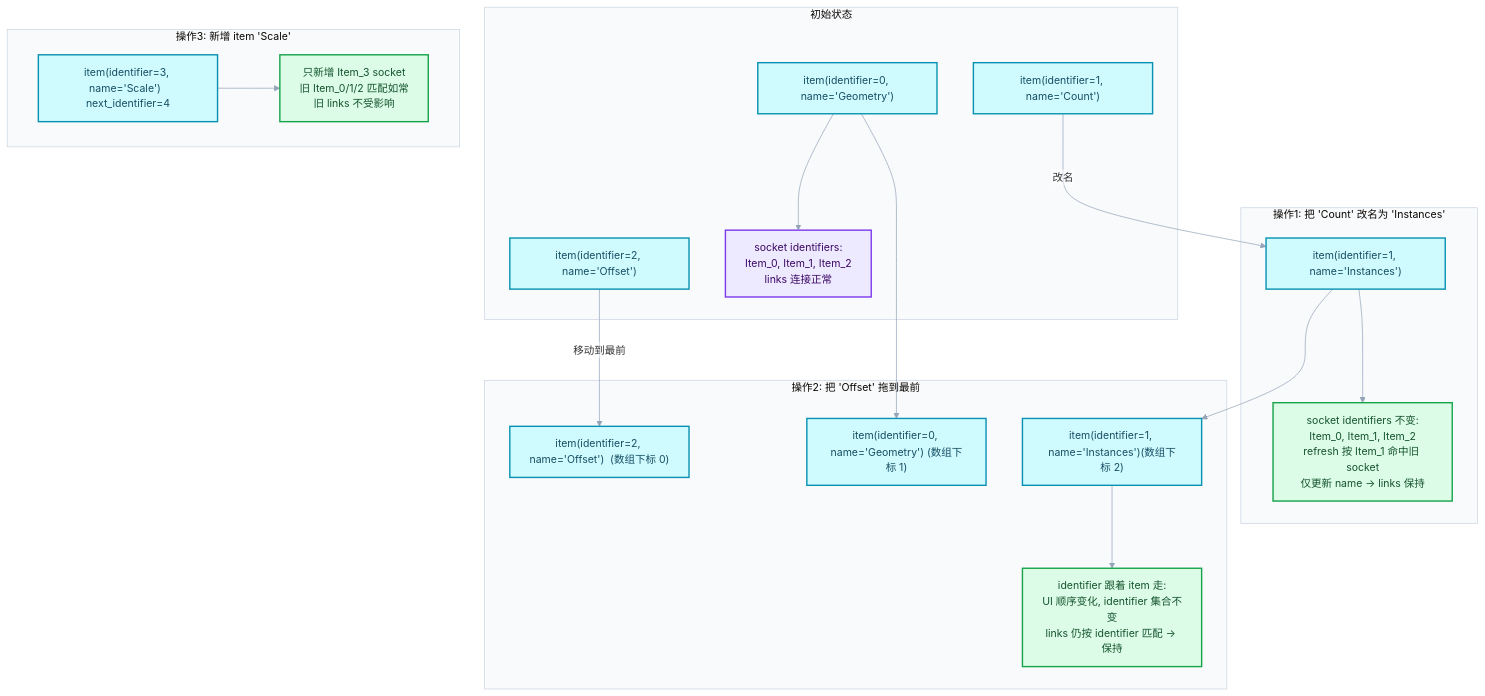
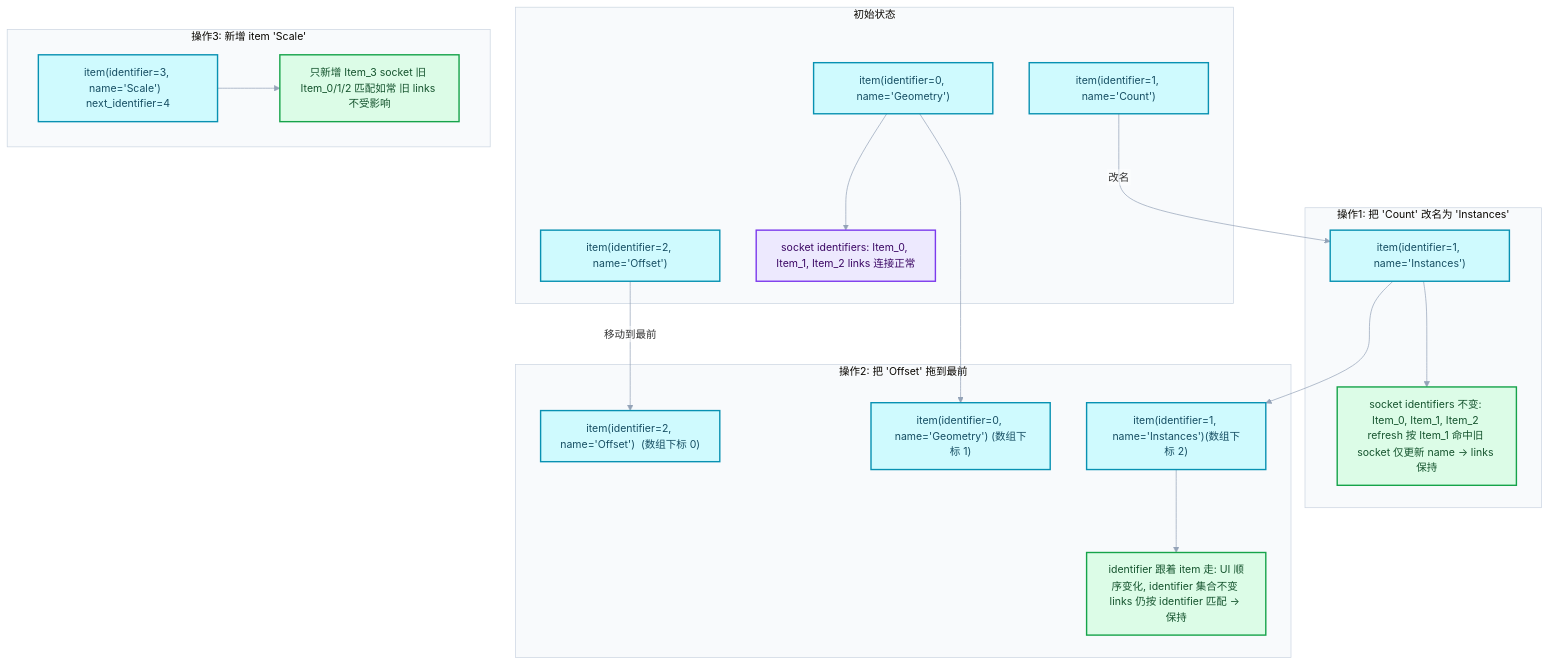
Before and after one commit to yunkezengren/blender-.vscode: the third of 3 diagrams in 杂/markdown/重复区域-dsh/01-Zone系统基础/02-Zone输入输出与bundle迁移语义.md, drawn with Mermaid. The commit also changed other lines of this file and 27 other files, not shown here.

````diff
--- a/杂/markdown/重复区域-dsh/01-Zone系统基础/02-Zone输入输出与bundle迁移语义.md
+++ b/杂/markdown/重复区域-dsh/01-Zone系统基础/02-Zone输入输出与bundle迁移语义.md
@@ -866,37 +852,37 @@
 ```mermaid
 %%{init: {"theme":"base","themeVariables":{"fontFamily":"\"Segoe UI\",\"Microsoft YaHei\",sans-serif","fontSize":"15px","lineColor":"#94A3B8","edgeLabelBackground":"#FFFFFF","clusterBkg":"#F8FAFC","clusterBorder":"#CBD5E1"},"flowchart":{"htmlLabels":false,"curve":"basis","nodeSpacing":52,"rankSpacing":64,"padding":14,"diagramPadding":16,"useMaxWidth":true},"sequence":{"useMaxWidth":true,"wrap":true,"mirrorActors":false,"messageMargin":36}}}%%
 flowchart TB
     subgraph S0["初始状态"]
         A0["item(identifier=0, name='Geometry')"]:::data
         A1["item(identifier=1, name='Count')"]:::data
         A2["item(identifier=2, name='Offset')"]:::data
-        S0L["socket identifiers:<br/>Item_0, Item_1, Item_2<br/>links 连接正常"]:::abstraction
+        S0L["socket identifiers: Item_0, Item_1, Item_2 links 连接正常"]:::abstraction
     end
     subgraph S1["操作1: 把 'Count' 改名为 'Instances'"]
         B1["item(identifier=1, name='Instances')"]:::data
-        S1L["socket identifiers 不变:<br/>Item_0, Item_1, Item_2<br/>refresh 按 Item_1 命中旧 socket<br/>仅更新 name -> links 保持"]:::result
+        S1L["socket identifiers 不变: Item_0, Item_1, Item_2 refresh 按 Item_1 命中旧 socket 仅更新 name -> links 保持"]:::result
     end
     subgraph S2["操作2: 把 'Offset' 拖到最前"]
         C2["item(identifier=2, name='Offset')  (数组下标 0)"]:::data
         C0["item(identifier=0, name='Geometry') (数组下标 1)"]:::data
         C1["item(identifier=1, name='Instances')(数组下标 2)"]:::data
-        S2L["identifier 跟着 item 走:<br/>UI 顺序变化, identifier 集合不变<br/>links 仍按 identifier 匹配 -> 保持"]:::result
+        S2L["identifier 跟着 item 走: UI 顺序变化, identifier 集合不变 links 仍按 identifier 匹配 -> 保持"]:::result
     end
     subgraph S3["操作3: 新增 item 'Scale'"]
         D3["item(identifier=3, name='Scale')  next_identifier=4"]:::data
-        S3L["只新增 Item_3 socket<br/>旧 Item_0/1/2 匹配如常<br/>旧 links 不受影响"]:::result
+        S3L["只新增 Item_3 socket 旧 Item_0/1/2 匹配如常 旧 links 不受影响"]:::result
     end
     A0 --> C0
     A1 -->|"改名"| B1 --> C1
     A2 -->|"移动到最前"| C2
     A0 --> S0L
     B1 --> S1L
     C1 --> S2L
     D3 --> S3L
     classDef input fill:#DBEAFE,stroke:#2563EB,color:#172554,stroke-width:2px;
     classDef data fill:#CFFAFE,stroke:#0891B2,color:#164E63,stroke-width:2px;
     classDef abstraction fill:#EDE9FE,stroke:#7C3AED,color:#3B0764,stroke-width:2px;
     classDef compute fill:#FEF3C7,stroke:#D97706,color:#78350F,stroke-width:2px;
     classDef result fill:#DCFCE7,stroke:#16A34A,color:#14532D,stroke-width:2px;
     classDef error fill:#FEE2E2,stroke:#DC2626,color:#7F1D1D,stroke-width:2px;
 ```
````
